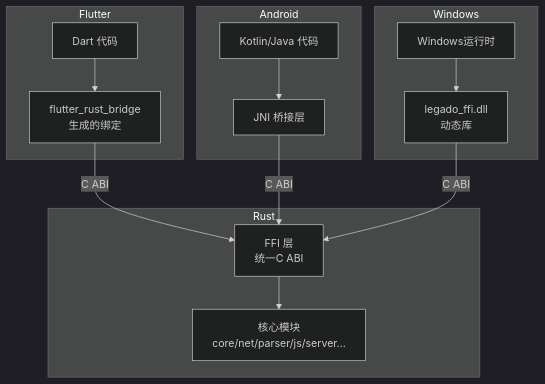
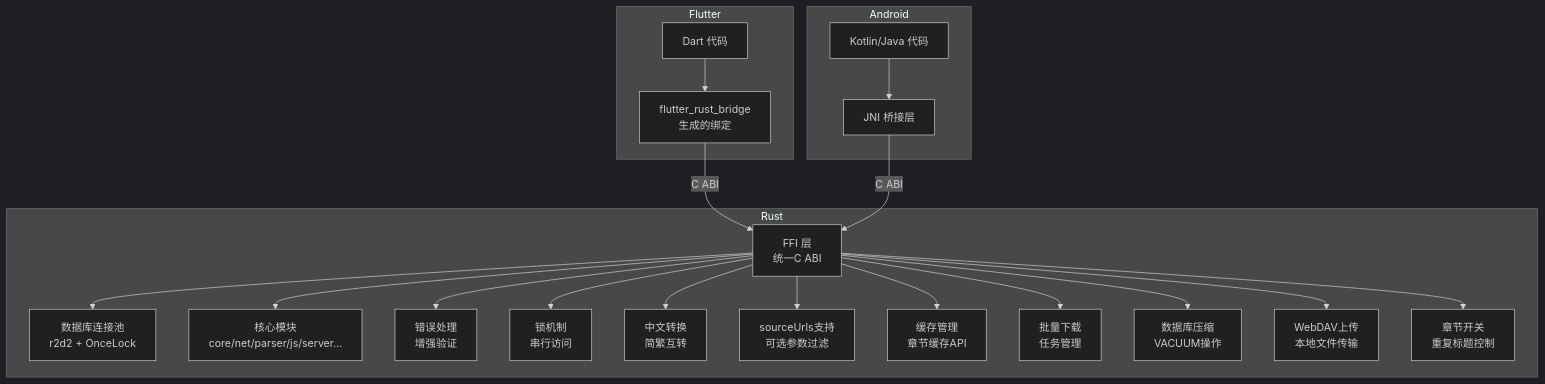
One commit to ZhangGHGitHub/LegadoTeamFlutter changed the first of 12 diagrams in .qoder/repowiki/zh/content/架构设计/通信机制/FFI接口通信.md. Above: the diagram before and after it, drawn with Mermaid (dark theme). The commit also changed other lines of this file and 173 other files, not shown here.

````diff
--- a/.qoder/repowiki/zh/content/架构设计/通信机制/FFI接口通信.md
+++ b/.qoder/repowiki/zh/content/架构设计/通信机制/FFI接口通信.md
@@ -60,23 +91,38 @@
 ```mermaid
 graph TB
 subgraph "Flutter"
 D["Dart 代码"]
 FRB["flutter_rust_bridge<br/>生成的绑定"]
 end
 subgraph "Android"
 K["Kotlin/Java 代码"]
 JNI["JNI 桥接层"]
 end
-subgraph "Windows"
-WS["Windows运行时"]
-DLL["legado_ffi.dll<br/>动态库"]
-end
 subgraph "Rust"
 FFI["FFI 层<br/>统一C ABI"]
+DB_POOL["数据库连接池<br/>r2d2 + OnceLock"]
 CORE["核心模块<br/>core/net/parser/js/server..."]
+ERROR["错误处理<br/>增强验证"]
+LOCK["锁机制<br/>串行访问"]
+CHINESE["中文转换<br/>简繁互转"]
+SOURCE_URLS["sourceUrls支持<br/>可选参数过滤"]
+CACHE["缓存管理<br/>章节缓存API"]
+BATCH_CACHE["批量下载<br/>任务管理"]
+DB_COMPRESS["数据库压缩<br/>VACUUM操作"]
+WEBDAV["WebDAV上传<br/>本地文件传输"]
+CHAPTER_TOGGLE["章节开关<br/>重复标题控制"]
 end
 D --> FRB --> |C ABI| FFI
 K --> JNI --> |C ABI| FFI
-WS --> DLL --> |C ABI| FFI
+FFI --> DB_POOL
 FFI --> CORE
+FFI --> ERROR
+FFI --> LOCK
+FFI --> CHINESE
+FFI --> SOURCE_URLS
+FFI --> CACHE
+FFI --> BATCH_CACHE
+FFI --> DB_COMPRESS
+FFI --> WEBDAV
+FFI --> CHAPTER_TOGGLE
 ```
````
